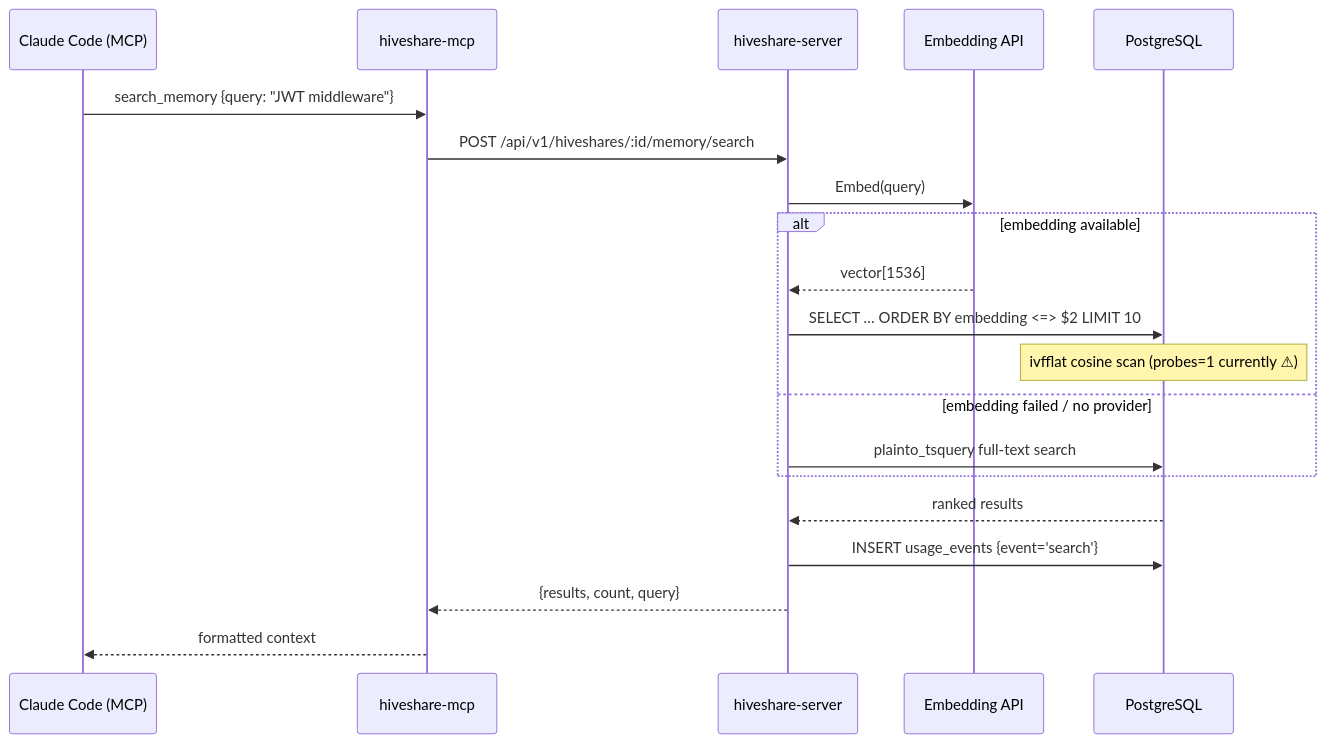
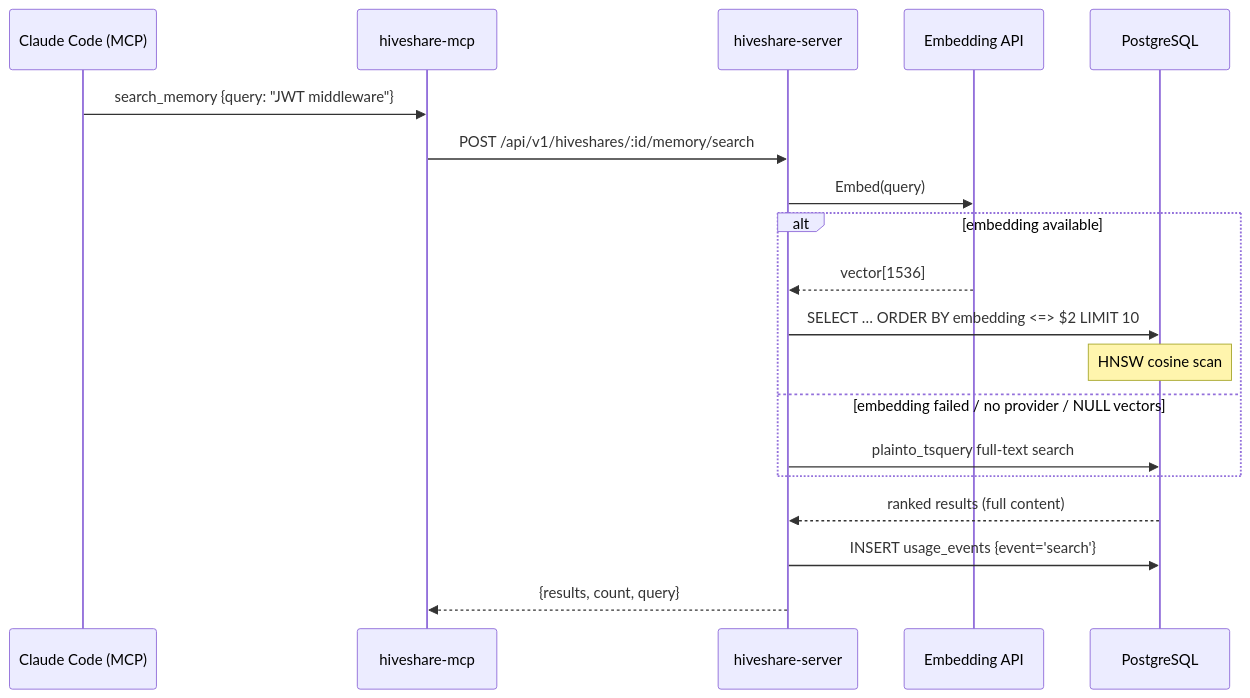
The fifth of 8 diagrams in docs/ARCHITECTURE.md (KB-perByte/hiveshare), drawn with Mermaid before and after one commit. The commit also changed other lines of this file and 3 other files, not shown here.

````diff
--- a/docs/ARCHITECTURE.md
+++ b/docs/ARCHITECTURE.md
@@ -249,23 +190,22 @@
 ```mermaid
 sequenceDiagram
     participant Claude as Claude Code (MCP)
     participant MCP as hiveshare-mcp
     participant API as hiveshare-server
     participant Embed as Embedding API
     participant PG as PostgreSQL
 
     Claude->>MCP: search_memory {query: "JWT middleware"}
     MCP->>API: POST /api/v1/hiveshares/:id/memory/search
     API->>Embed: Embed(query)
     alt embedding available
         Embed-->>API: vector[1536]
         API->>PG: SELECT … ORDER BY embedding <=> $2 LIMIT 10
-        note over PG: ivfflat cosine scan (probes=1 currently ⚠)
-    else embedding failed / no provider
+        note over PG: HNSW cosine scan
+    else embedding failed / no provider / NULL vectors
         API->>PG: plainto_tsquery full-text search
     end
-    PG-->>API: ranked results
+    PG-->>API: ranked results (full content)
     API->>PG: INSERT usage_events {event='search'}
     API-->>MCP: {results, count, query}
-    MCP-->>Claude: formatted context
 ```
````
